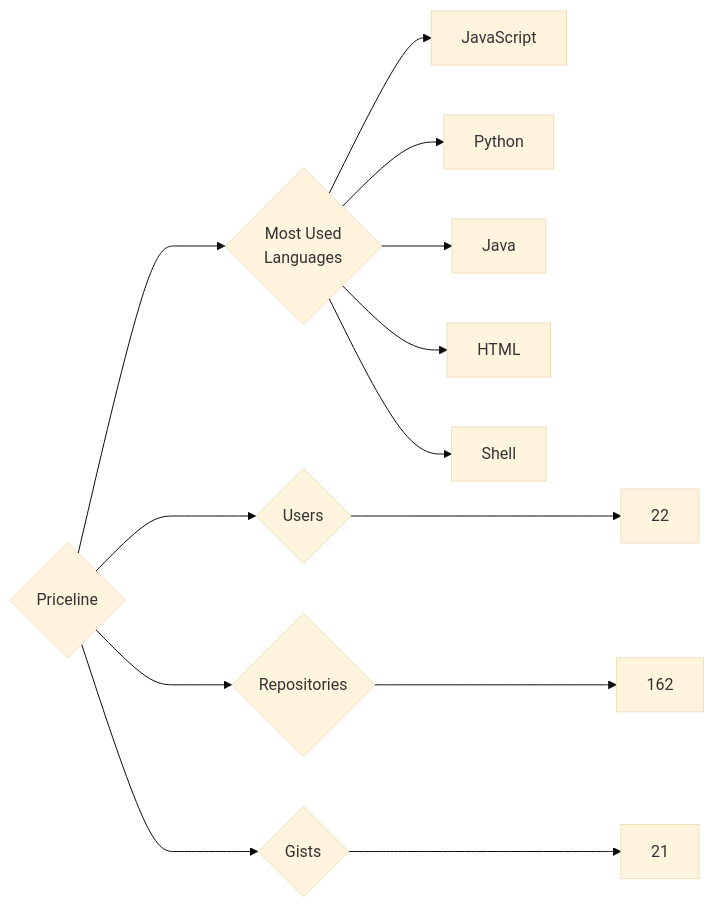
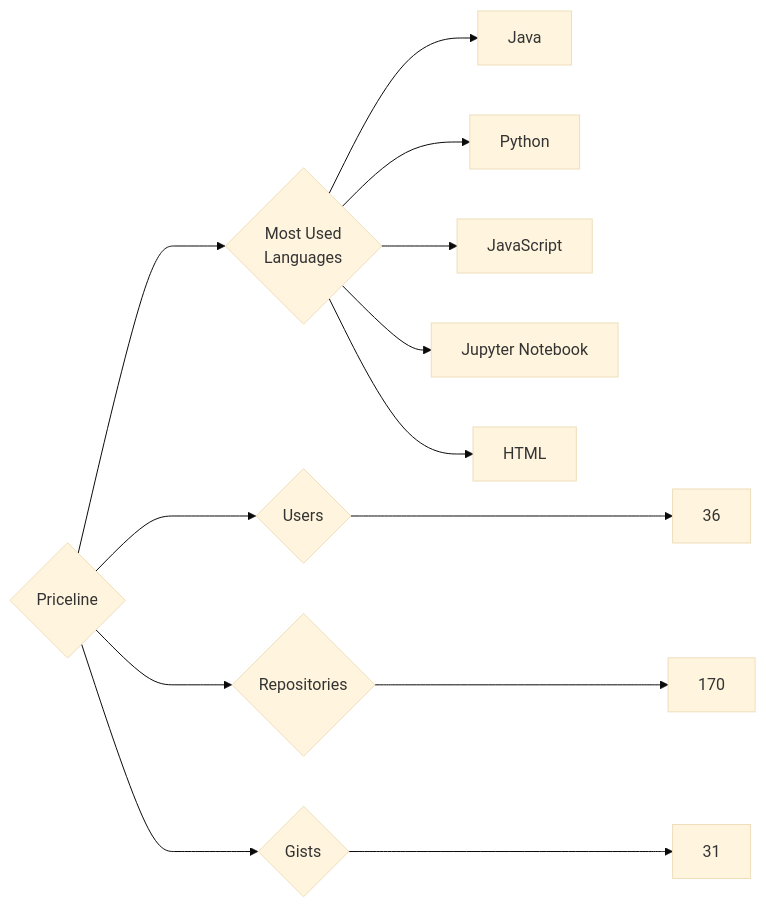
Before and after one commit to trickest/insiders: the diagram in targets/Priceline/README.md, drawn with Mermaid (base theme). The commit also changed 953 other files, not shown here.

````diff
--- a/targets/Priceline/README.md
+++ b/targets/Priceline/README.md
@@ -3,13 +3,13 @@
 ```mermaid
 graph LR
 COMPANY_NAME{Priceline}
-COMPANY_NAME ---> U{Users} ---> UN[22]
-COMPANY_NAME ---> R{Repositories} ---> RN[162]
-COMPANY_NAME ---> G{Gists} ---> GN[21]
+COMPANY_NAME ---> U{Users} ---> UN[36]
+COMPANY_NAME ---> R{Repositories} ---> RN[170]
+COMPANY_NAME ---> G{Gists} ---> GN[31]
 COMPANY_NAME ---> ML{Most Used<br>Languages}
+ML --> Java[Java]
+ML --> Python[Python]
 ML --> JavaScript[JavaScript]
-ML --> Python[Python]
-ML --> Java[Java]
+ML --> Jupyter_Notebook[Jupyter Notebook]
 ML --> HTML[HTML]
-ML --> Shell[Shell]
 ```
````
